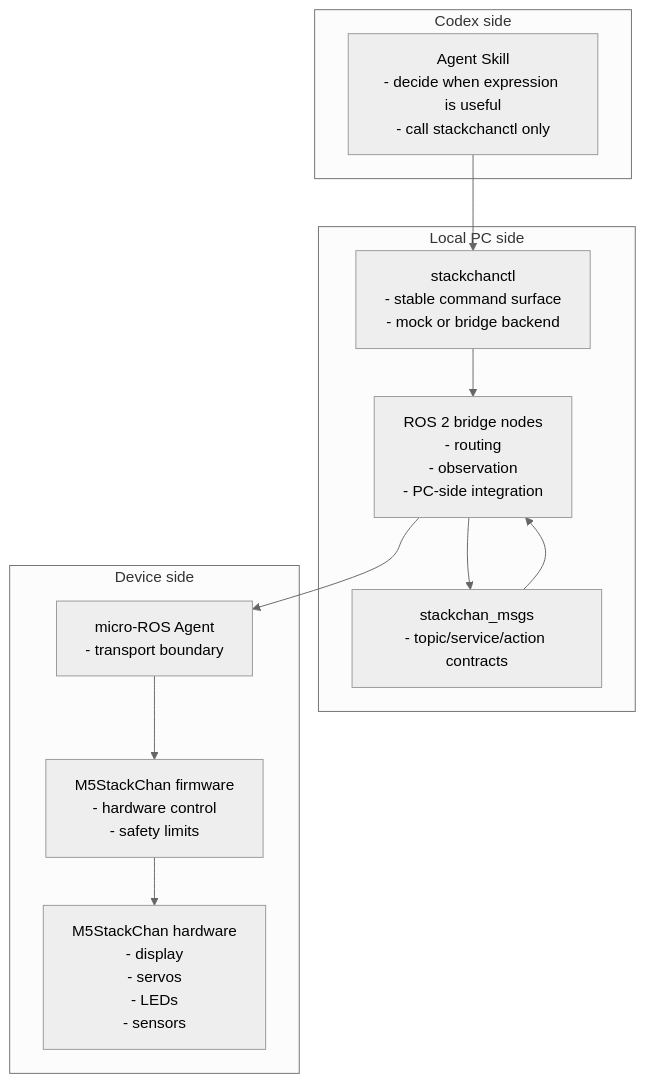
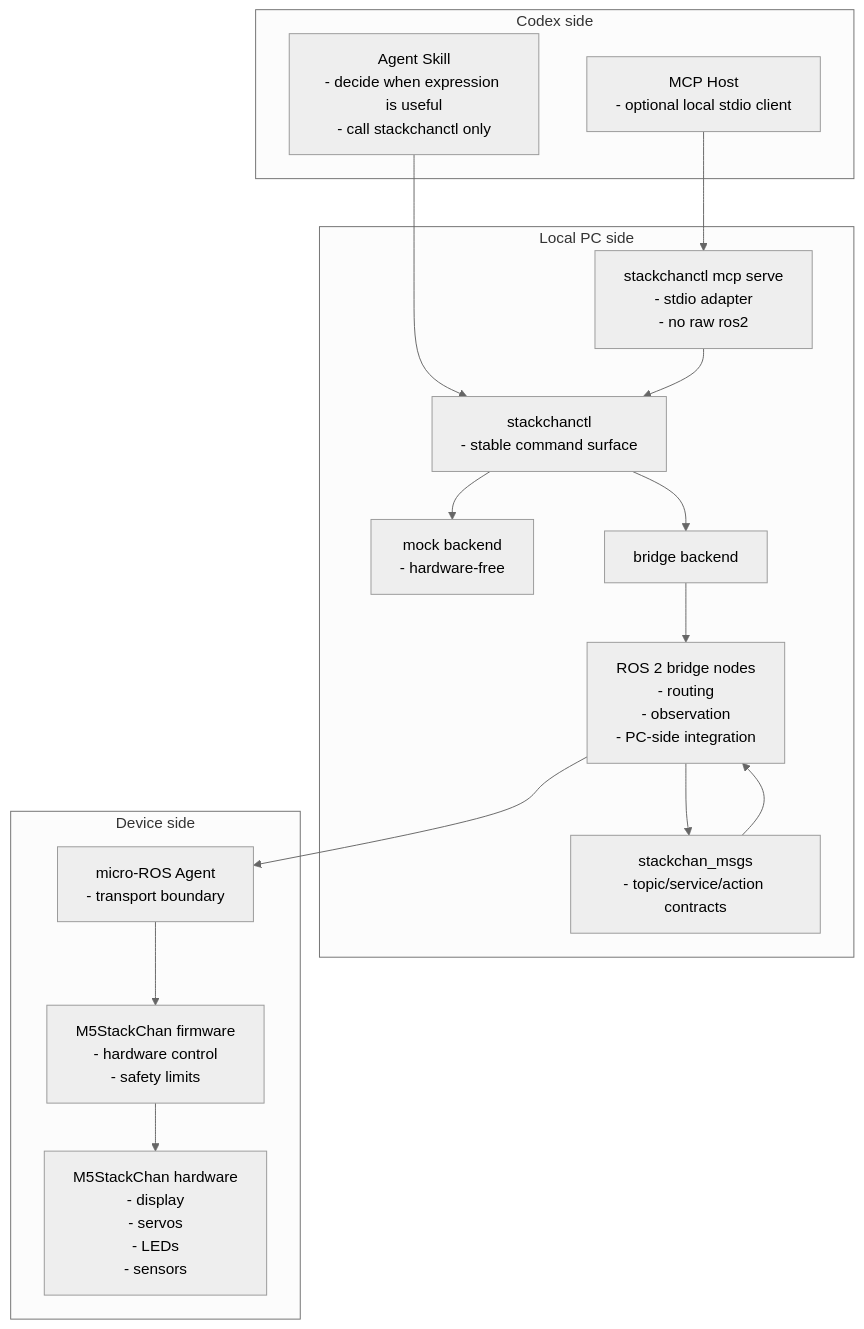
One commit to koizumikento/codex-stackchan-bridge changed the second of 2 diagrams in docs/architecture.md. Above: the diagram before and after it, drawn with Mermaid (neutral theme). The commit also changed other lines of this file and 19 other files, not shown here.

Commit message:
Add stackchanctl MCP stdio adapter

````diff
--- a/docs/architecture.md
+++ b/docs/architecture.md
@@ -82,26 +90,34 @@
 ```mermaid
 flowchart TB
     subgraph CodexLayer["Codex side"]
         Skill["Agent Skill\n- decide when expression is useful\n- call stackchanctl only"]
+        MCPHost["MCP Host\n- optional local stdio client"]
     end
 
     subgraph LocalLayer["Local PC side"]
-        CLI["stackchanctl\n- stable command surface\n- mock or bridge backend"]
+        CLI["stackchanctl\n- stable command surface"]
+        Mock["mock backend\n- hardware-free"]
+        BridgeBackend["bridge backend"]
+        MCPServer["stackchanctl mcp serve\n- stdio adapter\n- no raw ros2"]
         Bridge["ROS 2 bridge nodes\n- routing\n- observation\n- PC-side integration"]
         Msgs["stackchan_msgs\n- topic/service/action contracts"]
     end
 
     subgraph DeviceLayer["Device side"]
         Agent["micro-ROS Agent\n- transport boundary"]
         Firmware["M5StackChan firmware\n- hardware control\n- safety limits"]
         Hardware["M5StackChan hardware\n- display\n- servos\n- LEDs\n- sensors"]
     end
 
     Skill --> CLI
-    CLI --> Bridge
+    MCPHost --> MCPServer
+    MCPServer --> CLI
+    CLI --> Mock
+    CLI --> BridgeBackend
+    BridgeBackend --> Bridge
     Bridge --> Msgs
     Msgs --> Bridge
     Bridge --> Agent
     Agent --> Firmware
     Firmware --> Hardware
 ```
````
